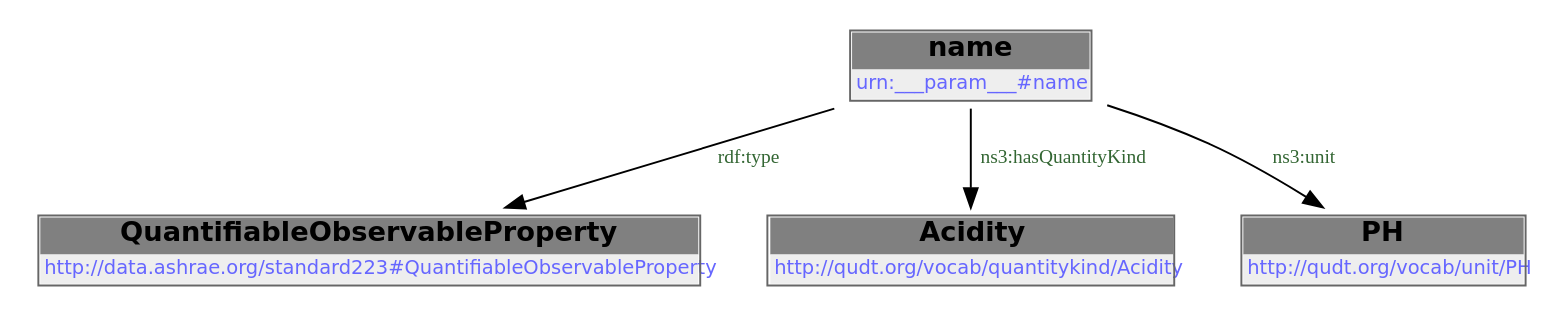
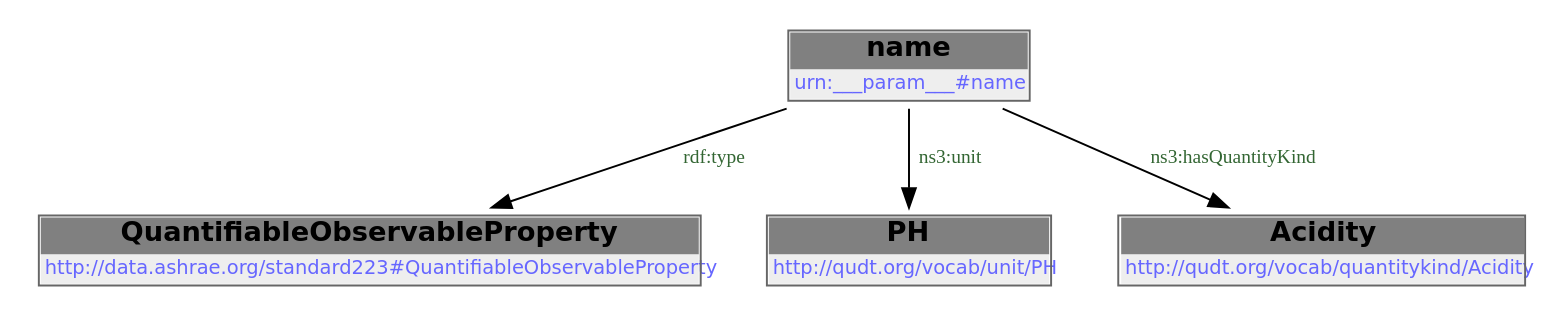
The first of 2 diagrams in docs/libraries/templates/ph.rst (DataDrivenCPS/water-ontology), drawn with Graphviz before and after one commit. The commit also changed other lines of this file and 33 other files, not shown here.

```diff
--- a/docs/libraries/templates/ph.rst
+++ b/docs/libraries/templates/ph.rst
@@ -58,12 +58,12 @@
         .. graphviz::
 
                 digraph G {
             node [fontname="DejaVu Sans"];
             node0 -> node1 [color=BLACK, label=< <font point-size='10' color='#336633'>rdf:type</font> >];
-            node0 -> node2 [color=BLACK, label=< <font point-size='10' color='#336633'>ns3:hasQuantityKind</font> >];
-            node0 -> node3 [color=BLACK, label=< <font point-size='10' color='#336633'>ns3:unit</font> >];
+            node0 -> node2 [color=BLACK, label=< <font point-size='10' color='#336633'>ns3:unit</font> >];
+            node0 -> node3 [color=BLACK, label=< <font point-size='10' color='#336633'>ns3:hasQuantityKind</font> >];
             node0 [shape=none, color=black, label=< <table color='#666666' cellborder='0' cellspacing='0' border='1'><tr><td colspan='2' bgcolor='grey'><B>name</B></td></tr><tr><td href='urn:___param___#name' bgcolor='#eeeeee' colspan='2'><font point-size='10' color='#6666ff'>urn:___param___#name</font></td></tr></table> >];
             node1 [shape=none, color=black, label=< <table color='#666666' cellborder='0' cellspacing='0' border='1'><tr><td colspan='2' bgcolor='grey'><B>QuantifiableObservableProperty</B></td></tr><tr><td href='http://data.ashrae.org/standard223#QuantifiableObservableProperty' bgcolor='#eeeeee' colspan='2'><font point-size='10' color='#6666ff'>http://data.ashrae.org/standard223#QuantifiableObservableProperty</font></td></tr></table> >];
-            node2 [shape=none, color=black, label=< <table color='#666666' cellborder='0' cellspacing='0' border='1'><tr><td colspan='2' bgcolor='grey'><B>Acidity</B></td></tr><tr><td href='http://qudt.org/vocab/quantitykind/Acidity' bgcolor='#eeeeee' colspan='2'><font point-size='10' color='#6666ff'>http://qudt.org/vocab/quantitykind/Acidity</font></td></tr></table> >];
-            node3 [shape=none, color=black, label=< <table color='#666666' cellborder='0' cellspacing='0' border='1'><tr><td colspan='2' bgcolor='grey'><B>PH</B></td></tr><tr><td href='http://qudt.org/vocab/unit/PH' bgcolor='#eeeeee' colspan='2'><font point-size='10' color='#6666ff'>http://qudt.org/vocab/unit/PH</font></td></tr></table> >];
+            node2 [shape=none, color=black, label=< <table color='#666666' cellborder='0' cellspacing='0' border='1'><tr><td colspan='2' bgcolor='grey'><B>PH</B></td></tr><tr><td href='http://qudt.org/vocab/unit/PH' bgcolor='#eeeeee' colspan='2'><font point-size='10' color='#6666ff'>http://qudt.org/vocab/unit/PH</font></td></tr></table> >];
+            node3 [shape=none, color=black, label=< <table color='#666666' cellborder='0' cellspacing='0' border='1'><tr><td colspan='2' bgcolor='grey'><B>Acidity</B></td></tr><tr><td href='http://qudt.org/vocab/quantitykind/Acidity' bgcolor='#eeeeee' colspan='2'><font point-size='10' color='#6666ff'>http://qudt.org/vocab/quantitykind/Acidity</font></td></tr></table> >];
             }
```
